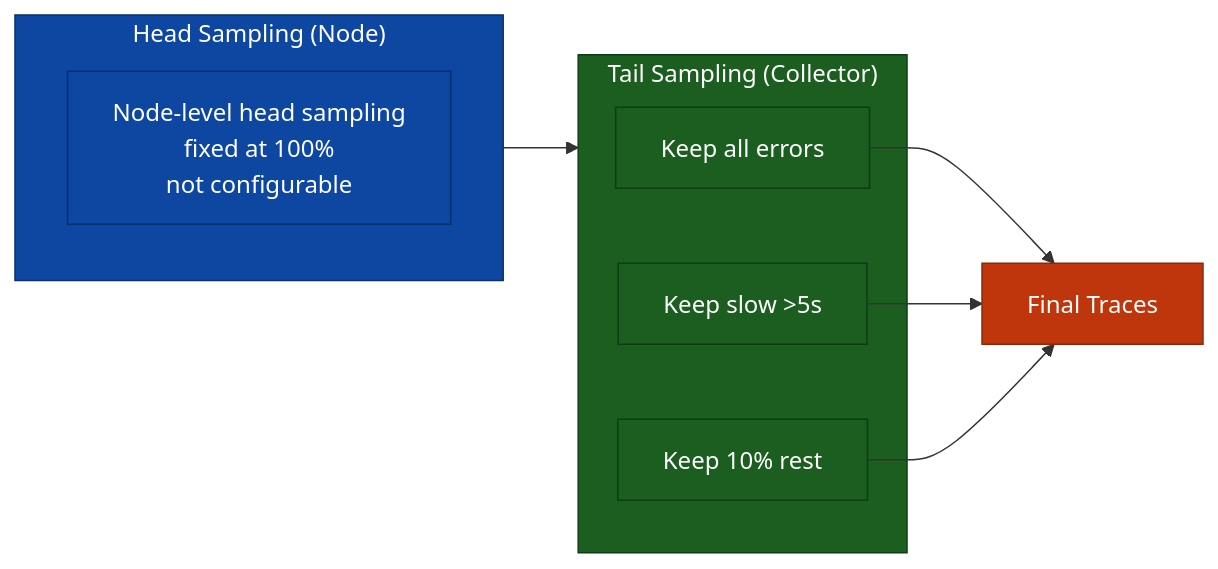
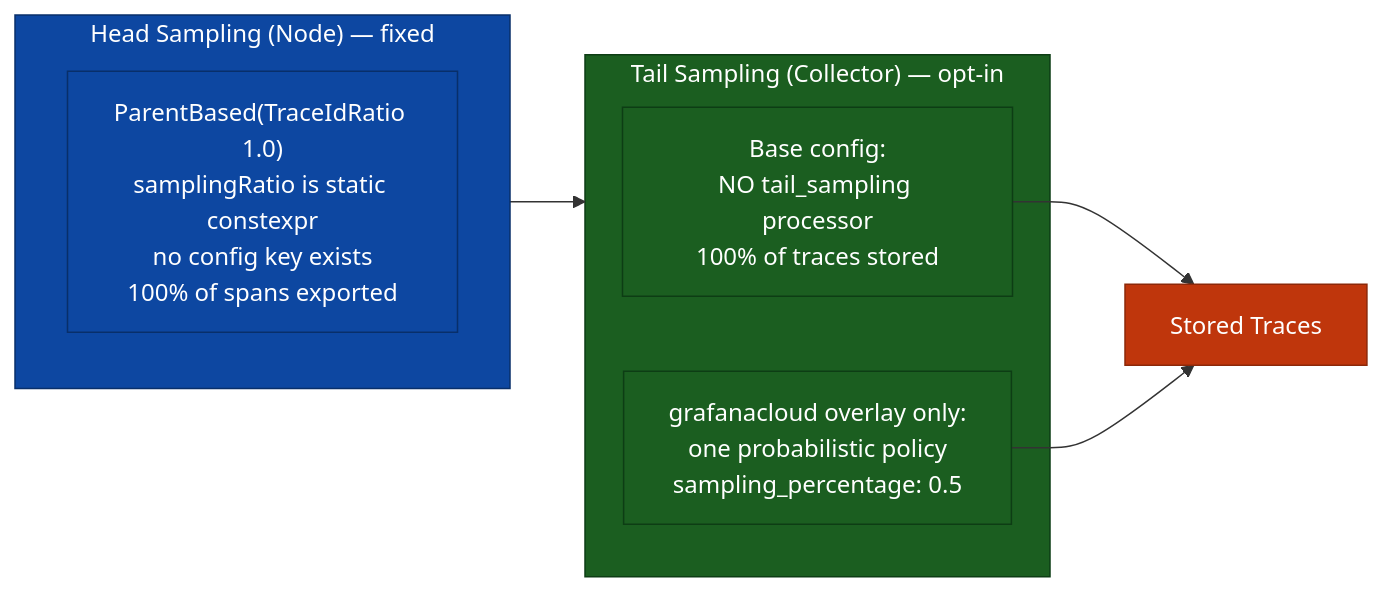
The third of 4 diagrams in OpenTelemetryPlan/07-observability-backends.md (XRPLF/rippled), drawn with Mermaid before and after one commit. The commit also changed other lines of this file and 34 other files, not shown here.

````diff
--- a/OpenTelemetryPlan/07-observability-backends.md
+++ b/OpenTelemetryPlan/07-observability-backends.md
@@ -171,26 +194,22 @@
 ```mermaid
 flowchart LR
-    subgraph head["Head Sampling (Node)"]
-        hs[Node-level head sampling<br/>fixed at 100%<br/>not configurable]
+    subgraph head["Head Sampling (Node) — fixed"]
+        hs["ParentBased(TraceIdRatio 1.0)<br/>samplingRatio is static constexpr<br/>no config key exists<br/>100% of spans exported"]
     end
 
-    subgraph tail["Tail Sampling (Collector)"]
-        ts1[Keep all errors]
-        ts2[Keep slow >5s]
-        ts3[Keep 10% rest]
+    subgraph tail["Tail Sampling (Collector) — opt-in"]
+        base["Base config:<br/>NO tail_sampling processor<br/>100% of traces stored"]
+        cloud["grafanacloud overlay only:<br/>one probabilistic policy<br/>sampling_percentage: 0.5"]
     end
 
     head --> tail
+    base --> final["Stored Traces"]
+    cloud --> final
 
-    ts1 --> final[Final Traces]
-    ts2 --> final
-    ts3 --> final
-
-    style head fill:#0d47a1,stroke:#082f6a,color:#fff
-    style tail fill:#1b5e20,stroke:#0d3d14,color:#fff
-    style hs fill:#0d47a1,stroke:#082f6a,color:#fff
-    style ts1 fill:#1b5e20,stroke:#0d3d14,color:#fff
-    style ts2 fill:#1b5e20,stroke:#0d3d14,color:#fff
-    style ts3 fill:#1b5e20,stroke:#0d3d14,color:#fff
-    style final fill:#bf360c,stroke:#8c2809,color:#fff
+    style head fill:#0d47a1,stroke:#082f6a,color:#ffffff
+    style tail fill:#1b5e20,stroke:#0d3d14,color:#ffffff
+    style hs fill:#0d47a1,stroke:#082f6a,color:#ffffff
+    style base fill:#1b5e20,stroke:#0d3d14,color:#ffffff
+    style cloud fill:#1b5e20,stroke:#0d3d14,color:#ffffff
+    style final fill:#bf360c,stroke:#8c2809,color:#ffffff
 ```
````
